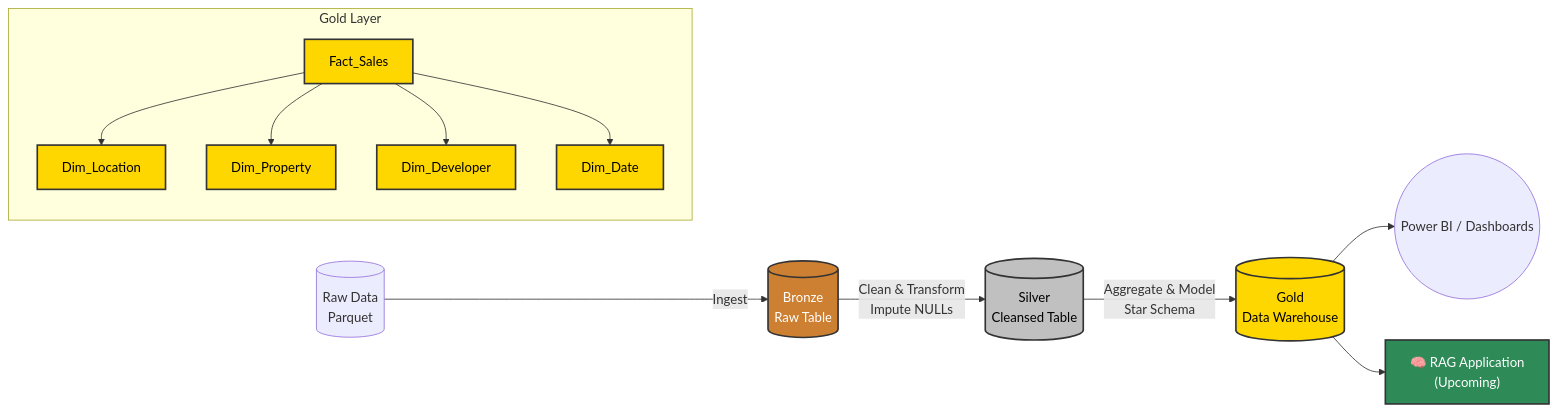
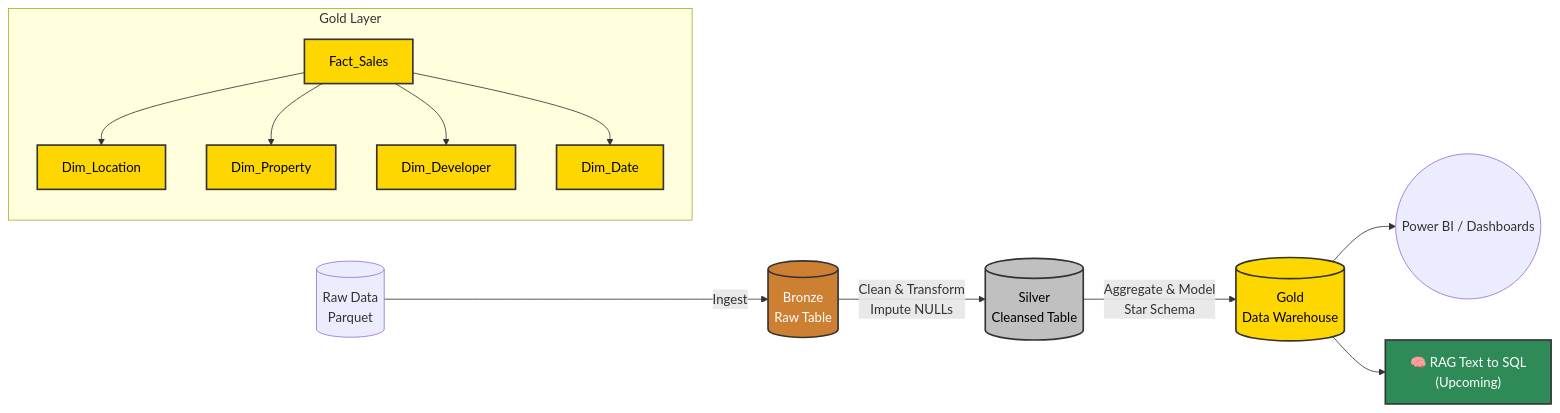
One commit to ahmedelsheikh109/Real_state changed the diagram in README.md. Above: the diagram before and after it, drawn with Mermaid. The commit also changed other lines of this file, not shown here.

Commit message:
Update README to replace RAG LLM with RAG Text to SQL

````diff
--- a/README.md
+++ b/README.md
@@ -16,33 +16,33 @@
 ```mermaid
 flowchart LR
     A[(Raw Data\nParquet)] -->|Ingest| B[(Bronze\nRaw Table)]
     B -->|Clean & Transform\nImpute NULLs| C[(Silver\nCleansed Table)]
     C -->|Aggregate & Model\nStar Schema| D[(Gold\nData Warehouse)]
     
     subgraph Gold Layer
       direction TB
       D1[Fact_Sales]
       D2[Dim_Location]
       D3[Dim_Property]
       D4[Dim_Developer]
       D5[Dim_Date]
       
       D1 --> D2
       D1 --> D3
       D1 --> D4
       D1 --> D5
     end
     
     D --> E((Power BI / Dashboards))
-    D --> F["🧠 RAG Application<br>(Upcoming)"]
+    D --> F["🧠 RAG Text to SQL<br>(Upcoming)"]
     
     classDef bronze fill:#cd7f32,stroke:#333,stroke-width:2px,color:#fff;
     classDef silver fill:#c0c0c0,stroke:#333,stroke-width:2px,color:#000;
     classDef gold fill:#ffd700,stroke:#333,stroke-width:2px,color:#000;
     classDef rag fill:#2e8b57,stroke:#333,stroke-width:2px,color:#fff;
     
     class B bronze;
     class C silver;
     class D,D1,D2,D3,D4,D5 gold;
     class F rag;
 ```
````
